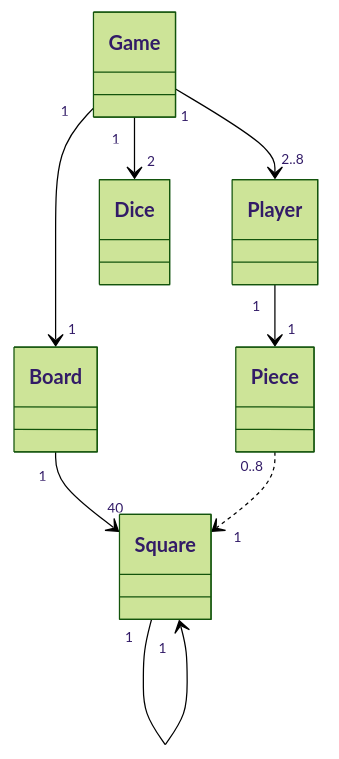
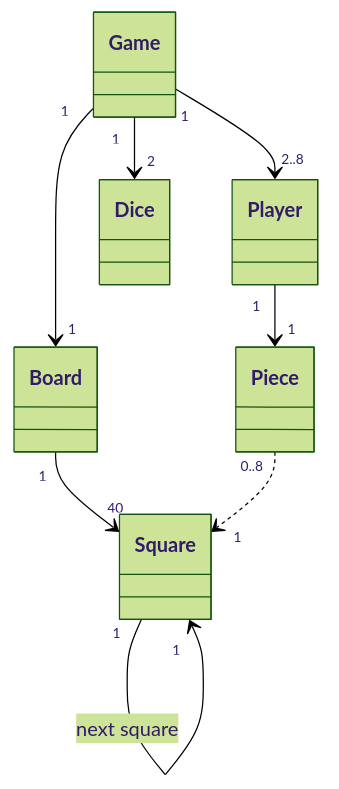
Before and after one commit to xelmas/ot-miinaharava: the diagram in laskarit/viikko3/arkkitehtuuri.md, drawn with Mermaid (forest theme).

````diff
--- a/laskarit/viikko3/arkkitehtuuri.md
+++ b/laskarit/viikko3/arkkitehtuuri.md
@@ -9,23 +9,23 @@
 ```mermaid
  classDiagram
       Game "1" --> "2..8" Player
       Game "1" --> "1" Board
       Game "1" --> "2" Dice
       class Game {
       }
       Player "1" --> "1" Piece
       class Player{
       }
       Board "1" --> "40" Square
       class Board{
       }
       Piece "0..8" ..> "1" Square
       class Piece{
       }
-      Square "1" --> "1" Square
+      Square "1" --> "1" Square: next square
       class Square{
       }
       class Dice{
          
       }
 ```
````
